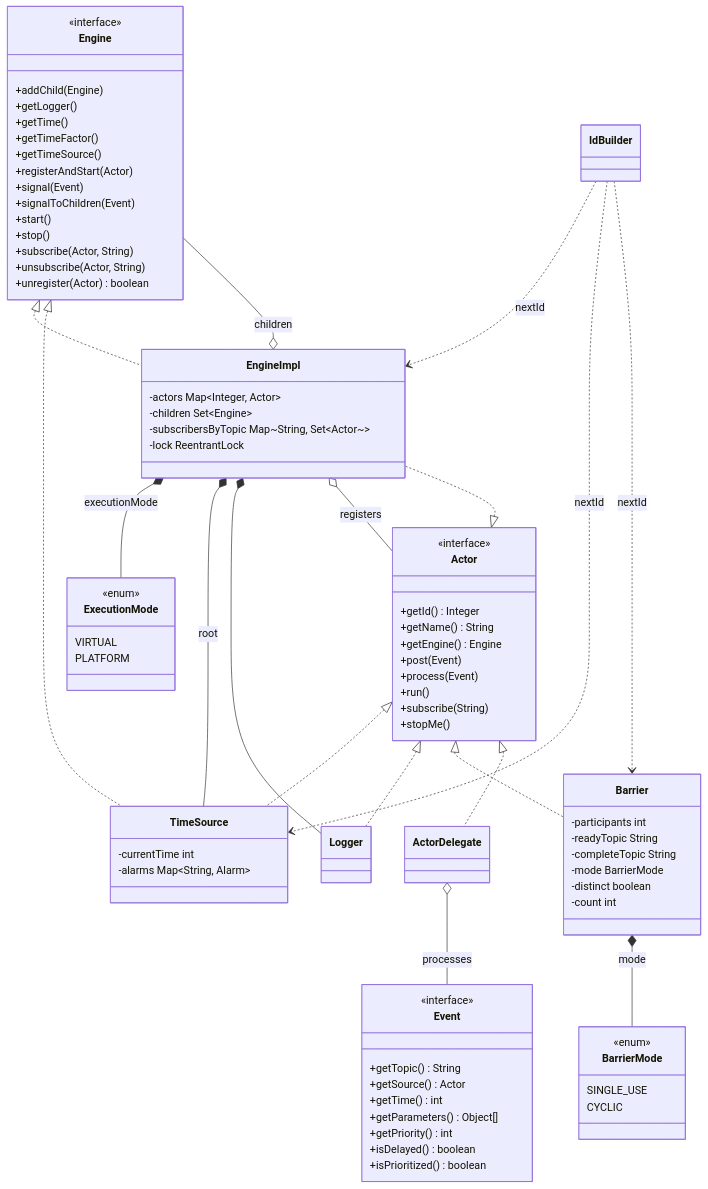
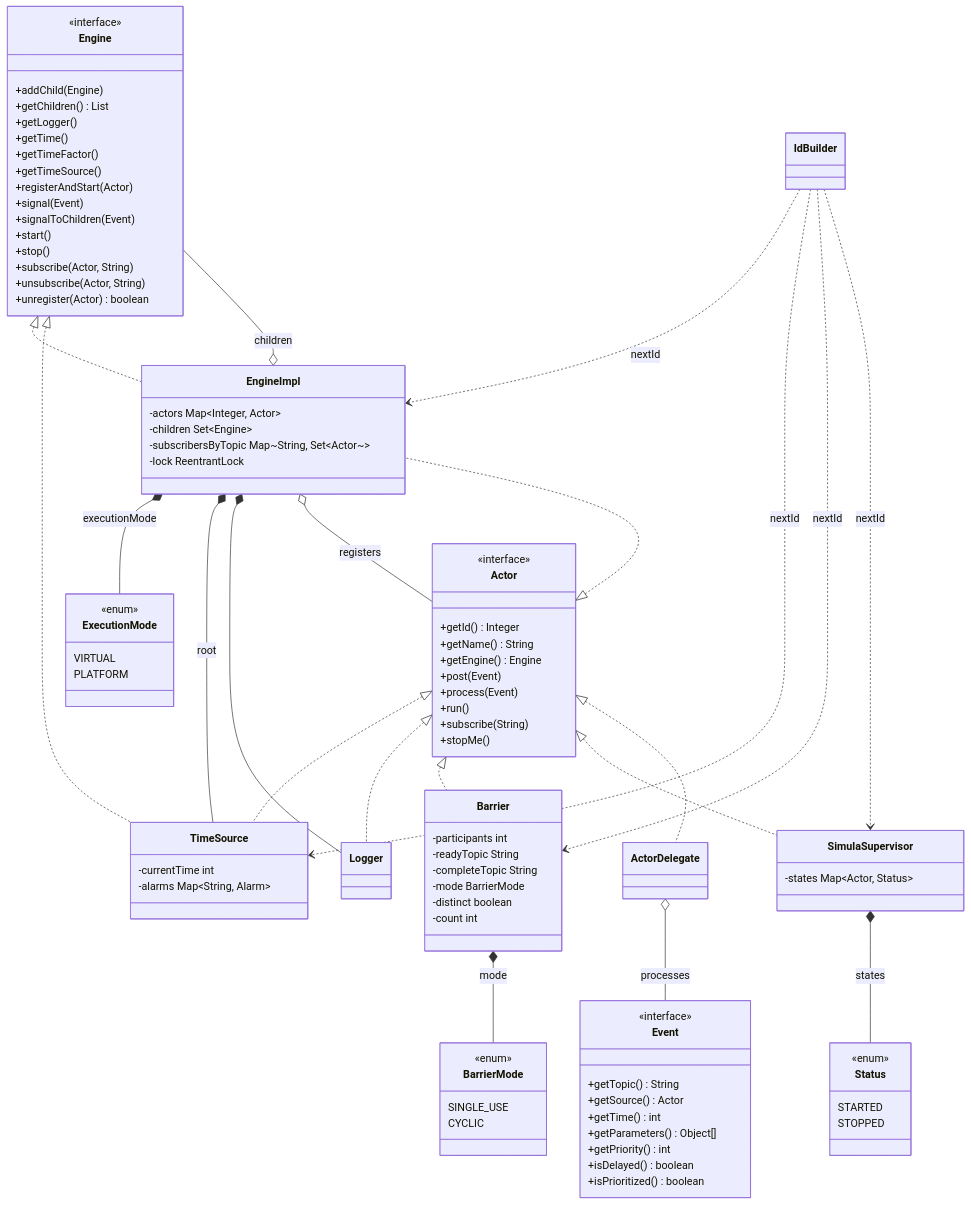
Before and after one commit to JPnCo/simula: the first of 4 diagrams in architecture.md, drawn with Mermaid. The commit also changed other lines of this file and 21 other files, not shown here.

Commit message:
Add SimulaSupervisor actor with engine children accessor

````diff
--- a/architecture.md
+++ b/architecture.md
@@ -15,6 +15,7 @@
     class Engine {
         <<interface>>
         +addChild(Engine)
+        +getChildren() List
         +getLogger()
         +getTime()
         +getTimeFactor()
@@ -78,6 +79,14 @@
         CYCLIC
     }
     class Logger
+    class SimulaSupervisor {
+        -states Map~Actor, Status~
+    }
+    class Status {
+        <<enum>>
+        STARTED
+        STOPPED
+    }
     class ActorDelegate
     class IdBuilder
 
@@ -91,11 +100,14 @@
     Actor <|.. TimeSource
     Actor <|.. Logger
     Actor <|.. Barrier
+    Actor <|.. SimulaSupervisor
     Actor <|.. ActorDelegate
     Barrier *-- BarrierMode : mode
+    SimulaSupervisor *-- Status : states
     Engine <|.. TimeSource
     ActorDelegate o-- Event : processes
     IdBuilder ..> EngineImpl : nextId
     IdBuilder ..> TimeSource : nextId
     IdBuilder ..> Barrier : nextId
+    IdBuilder ..> SimulaSupervisor : nextId
 ```
````
